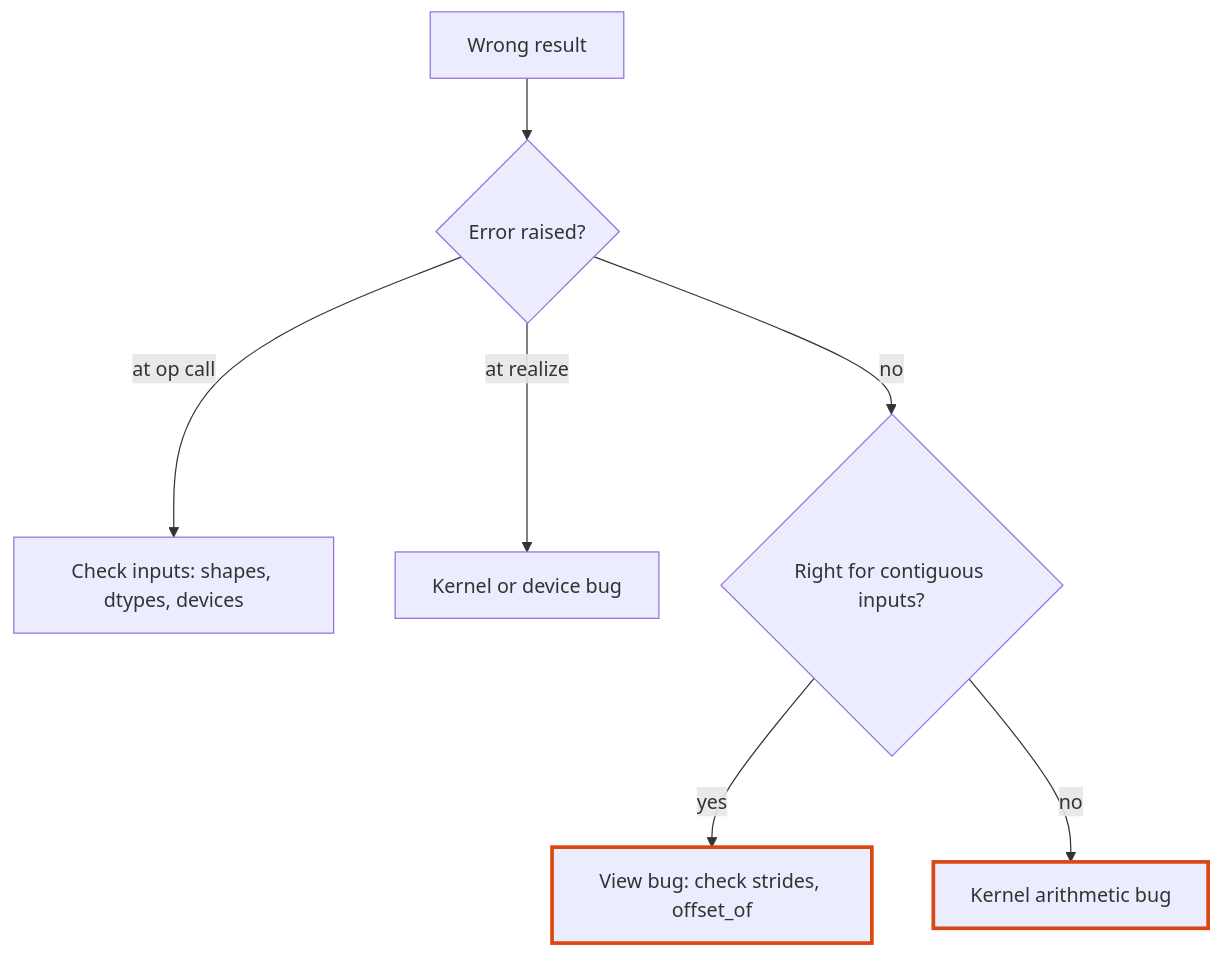
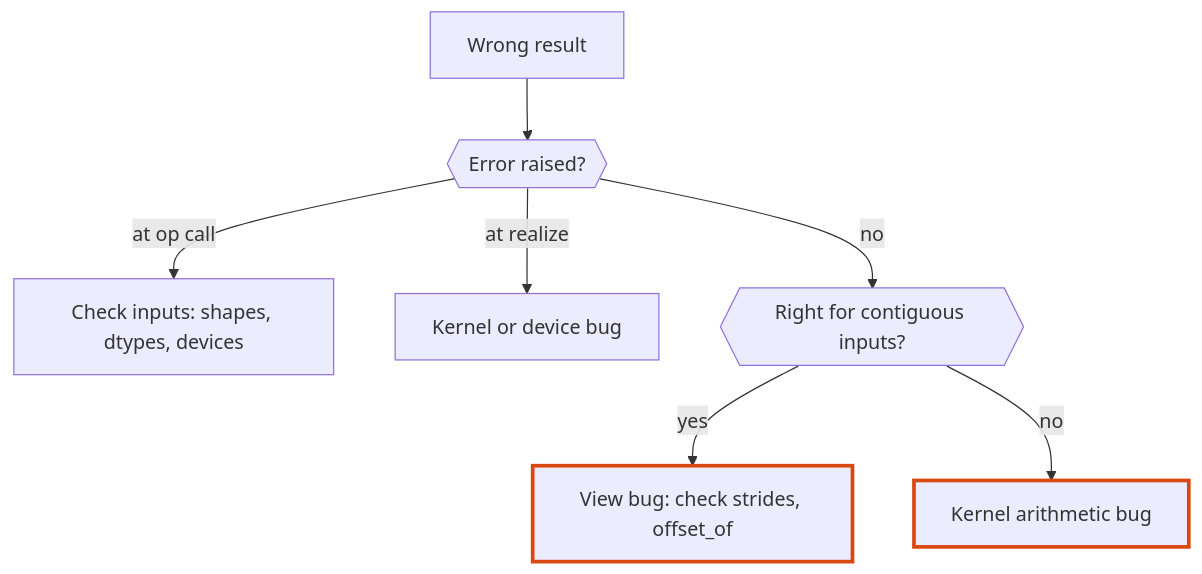
The second of 3 diagrams in DEVELOPMENT.md (nogginly/tensomite.cr), drawn with Mermaid before and after one commit. The commit also changed other lines of this file and 1 other file, not shown here.

Commit message:
Format tables and use `{{cond}}` for conditions in flow diagrams

````diff
--- a/DEVELOPMENT.md
+++ b/DEVELOPMENT.md
@@ -100,11 +100,11 @@
 ```mermaid
 flowchart TD
-    Wrong["Wrong result"] --> Raised{"Error raised?"}
+    Wrong["Wrong result"] --> Raised{{"Error raised?"}}
     Raised -- "at op call" --> Checks["Check inputs: shapes, dtypes, devices"]
     Raised -- "at realize" --> Kernel["Kernel or device bug"]
-    Raised -- no --> Contig{"Right for contiguous inputs?"}
+    Raised -- no --> Contig{{"Right for contiguous inputs?"}}
     Contig -- yes --> ViewBug["View bug: check strides, offset_of"]
     Contig -- no --> KernelBug["Kernel arithmetic bug"]
     style ViewBug stroke:#d9480f,stroke-width:3px
     style KernelBug stroke:#d9480f,stroke-width:3px
 ```
````
